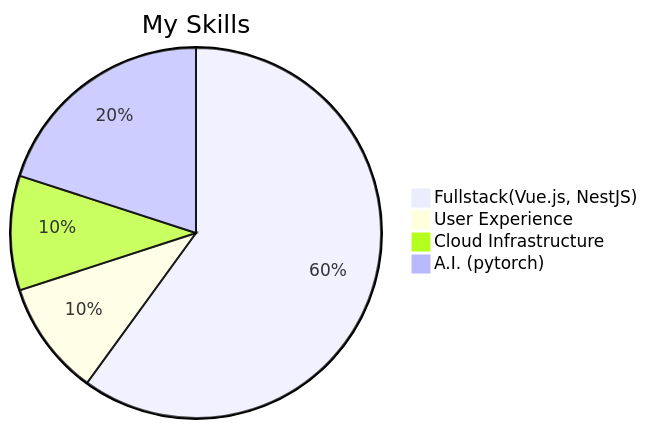
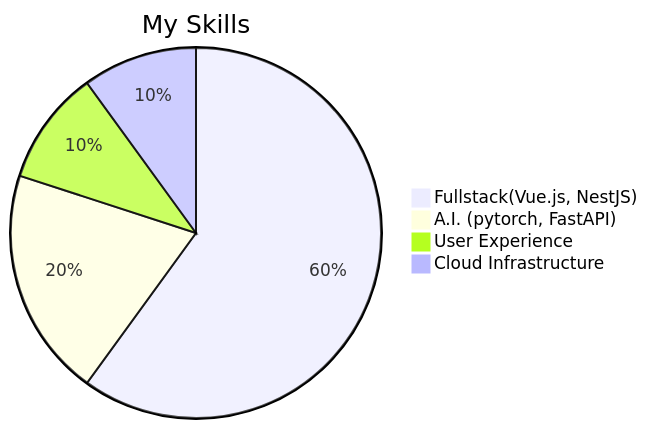
One commit to Yc-Chen/Yc-Chen changed the diagram in README.md. Above: the diagram before and after it, drawn with Mermaid.

````diff
--- a/README.md
+++ b/README.md
@@ -24,7 +24,7 @@
 ```mermaid
 pie title My Skills
     "Fullstack(Vue.js, NestJS)" : 60
+    "A.I. (pytorch, FastAPI)" : 20
     "User Experience" : 10
     "Cloud Infrastructure" : 10
-    "A.I. (pytorch)" : 20
 ```
````
